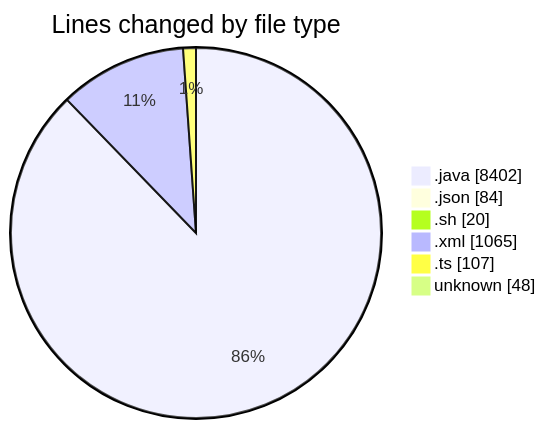
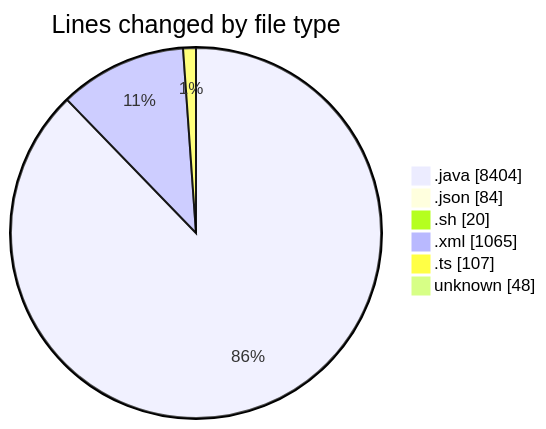
One commit to charlie-sans/code-tracking changed the first of 2 diagrams in 2025-02-23/micros/README.md. Above: the diagram before and after it, drawn with Mermaid. The commit also changed other lines of this file and 1 other file, not shown here.

````diff
--- a/2025-02-23/micros/README.md
+++ b/2025-02-23/micros/README.md
@@ -58,10 +58,10 @@
 ```mermaid
 pie showData
 title Lines changed by file type
-".java" : 8402
+".java" : 8404
 ".json" : 84
 ".sh" : 20
 ".xml" : 1065
 ".ts" : 107
 "unknown" : 48
 ```
````
